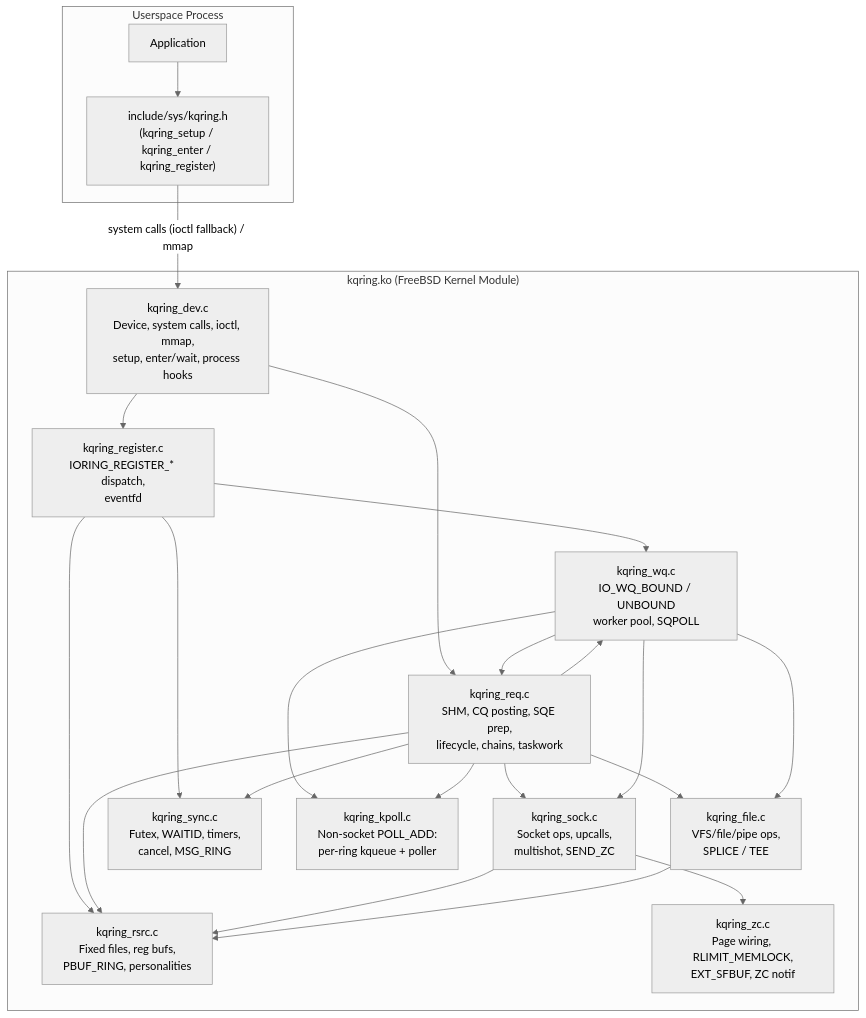
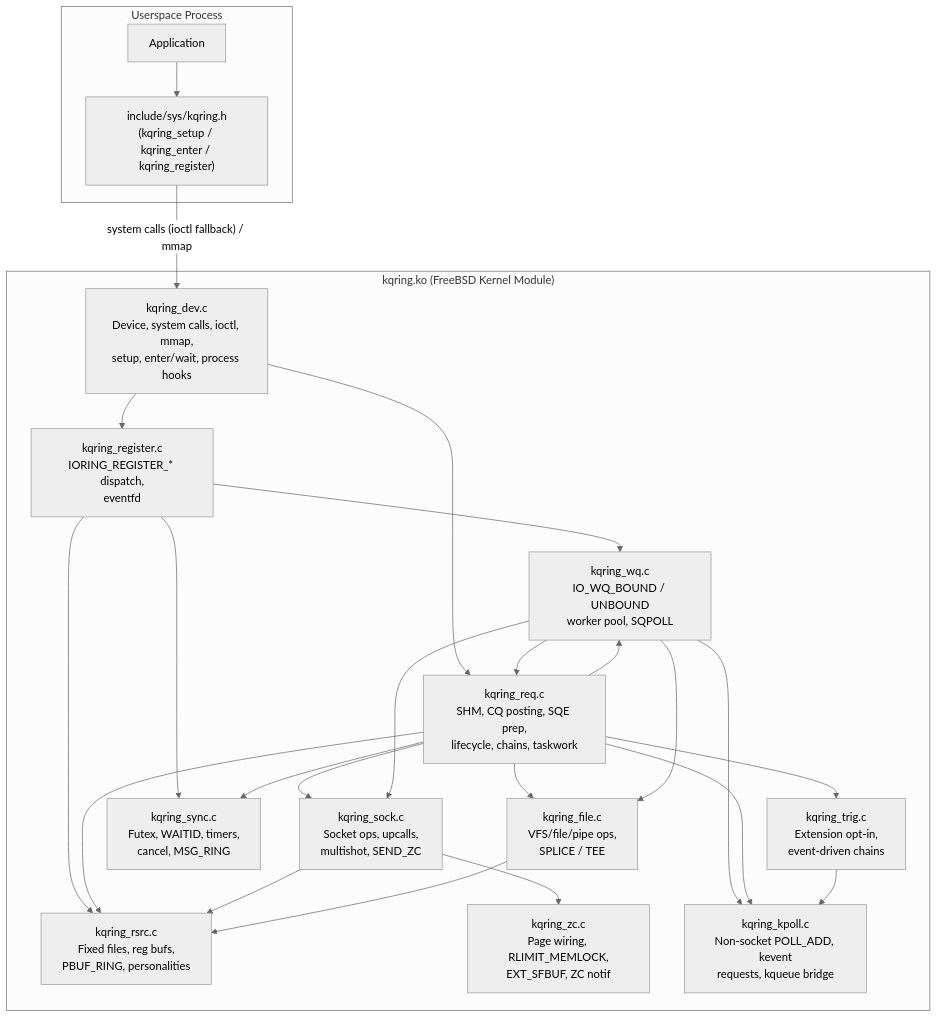
One commit to grepjava/kqring changed the first of 15 diagrams in ARCHITECTURE.MD. Above: the diagram before and after it, drawn with Mermaid (neutral theme). The commit also changed other lines of this file and 70 other files, not shown here.

First line of the commit message:
Docs: why kqring exists, current figures, a fuller architecture

````diff
--- a/ARCHITECTURE.MD
+++ b/ARCHITECTURE.MD
@@ -11,41 +31,44 @@
 ```mermaid
 flowchart TB
     subgraph Userspace["Userspace Process"]
         App["Application"]
         UAPI["include/sys/kqring.h<br/>(kqring_setup / kqring_enter / kqring_register)"]
         App --> UAPI
     end
 
     subgraph KMOD["kqring.ko (FreeBSD Kernel Module)"]
         DEV["kqring_dev.c<br/>Device, system calls, ioctl, mmap,<br/>setup, enter/wait, process hooks"]
         REG["kqring_register.c<br/>IORING_REGISTER_* dispatch,<br/>eventfd"]
         REQ["kqring_req.c<br/>SHM, CQ posting, SQE prep,<br/>lifecycle, chains, taskwork"]
         RSRC["kqring_rsrc.c<br/>Fixed files, reg bufs,<br/>PBUF_RING, personalities"]
         SOCK["kqring_sock.c<br/>Socket ops, upcalls,<br/>multishot, SEND_ZC"]
         FILE["kqring_file.c<br/>VFS/file/pipe ops,<br/>SPLICE / TEE"]
         SYNC["kqring_sync.c<br/>Futex, WAITID, timers,<br/>cancel, MSG_RING"]
         WQ["kqring_wq.c<br/>IO_WQ_BOUND / UNBOUND<br/>worker pool, SQPOLL"]
         ZC["kqring_zc.c<br/>Page wiring, RLIMIT_MEMLOCK,<br/>EXT_SFBUF, ZC notif"]
-        KPOLL["kqring_kpoll.c<br/>Non-socket POLL_ADD:<br/>per-ring kqueue + poller"]
+        KPOLL["kqring_kpoll.c<br/>Non-socket POLL_ADD, kevent<br/>requests, kqueue bridge"]
+        TRIG["kqring_trig.c<br/>Extension opt-in,<br/>event-driven chains"]
     end
 
     UAPI -- "system calls (ioctl fallback) / mmap" --> DEV
     DEV --> REG
     DEV --> REQ
     REG --> RSRC
     REG --> WQ
     REG --> SYNC
     REQ --> RSRC
     REQ --> SOCK
     REQ --> FILE
     REQ --> SYNC
     REQ --> WQ
     SOCK --> ZC
     SOCK --> RSRC
     FILE --> RSRC
     WQ --> REQ
     WQ --> SOCK
     WQ --> FILE
     WQ --> KPOLL
     REQ --> KPOLL
+    REQ --> TRIG
+    TRIG --> KPOLL
 ```
````
